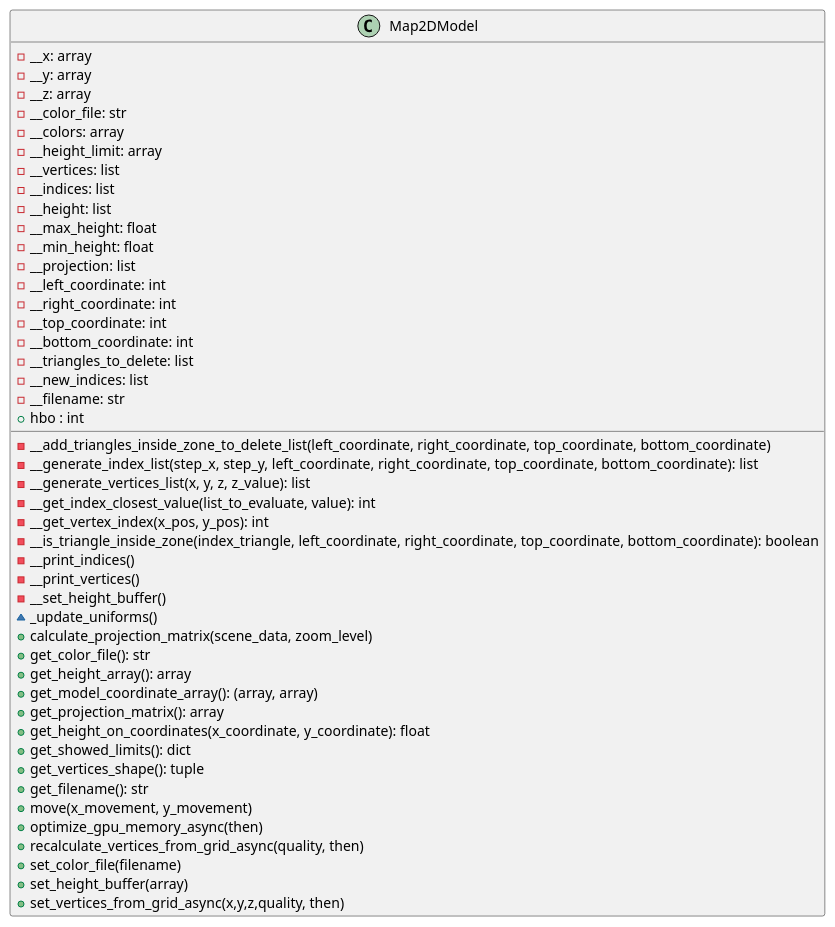
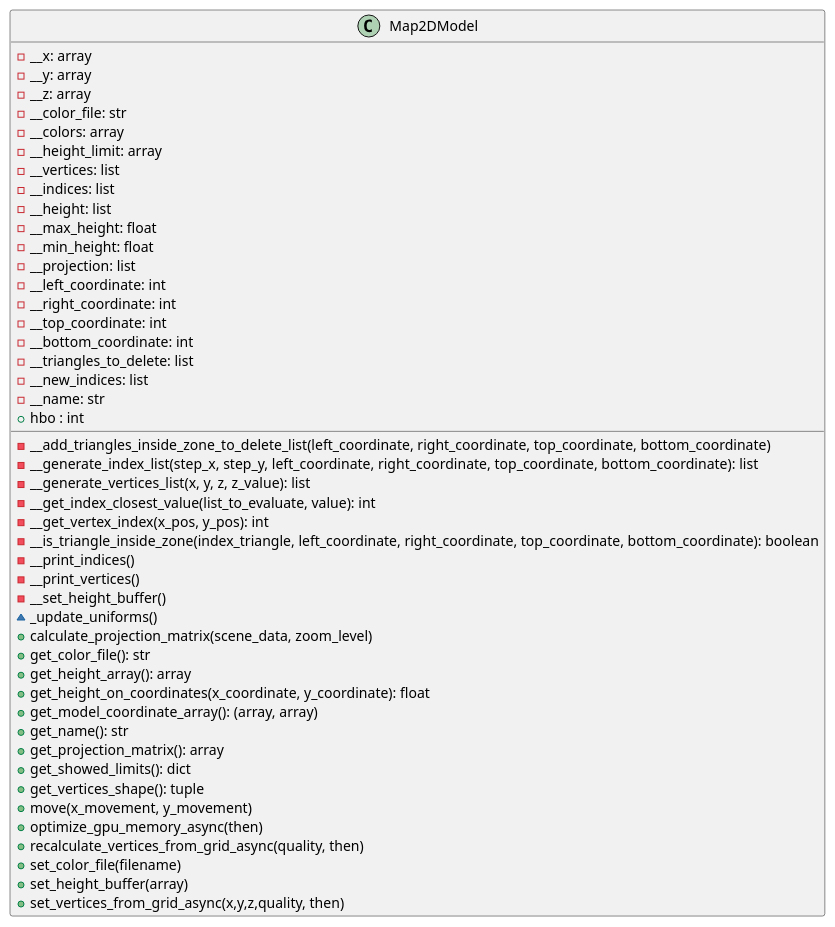
The diagram in docs/classes/Map2DModel.puml (ferpoble2/Relief_Creator), drawn with PlantUML before and after one commit. The commit also changed 1 other file, not shown here.

Commit message:
Changed method get_filename to get_name on Map2DClass.

```diff
--- a/docs/classes/Map2DModel.puml
+++ b/docs/classes/Map2DModel.puml
@@ -1,52 +1,52 @@
 @startuml
                 class Map2DModel {
                     - __x: array
                     - __y: array
                     - __z: array
                     - __color_file: str
                     - __colors: array
                     - __height_limit: array
                     - __vertices: list
                     - __indices: list
                     - __height: list
                     - __max_height: float
                     - __min_height: float
                     - __projection: list
                     - __left_coordinate: int
                     - __right_coordinate: int
                     - __top_coordinate: int
                     - __bottom_coordinate: int
                     - __triangles_to_delete: list
                     - __new_indices: list
-                    - __filename: str
+                    - __name: str
                     + hbo : int
 
 
                     - __add_triangles_inside_zone_to_delete_list(left_coordinate, right_coordinate, top_coordinate, bottom_coordinate)
                     - __generate_index_list(step_x, step_y, left_coordinate, right_coordinate, top_coordinate, bottom_coordinate): list
                     - __generate_vertices_list(x, y, z, z_value): list
                     - __get_index_closest_value(list_to_evaluate, value): int
                     - __get_vertex_index(x_pos, y_pos): int
                     - __is_triangle_inside_zone(index_triangle, left_coordinate, right_coordinate, top_coordinate, bottom_coordinate): boolean
                     - __print_indices()
                     - __print_vertices()
                     - __set_height_buffer()
                     ~ _update_uniforms()
                     + calculate_projection_matrix(scene_data, zoom_level)
                     + get_color_file(): str
                     + get_height_array(): array
+                    + get_height_on_coordinates(x_coordinate, y_coordinate): float
                     + get_model_coordinate_array(): (array, array)
+                    + get_name(): str
                     + get_projection_matrix(): array
-                    + get_height_on_coordinates(x_coordinate, y_coordinate): float
                     + get_showed_limits(): dict
                     + get_vertices_shape(): tuple
-                    + get_filename(): str
                     + move(x_movement, y_movement)
                     + optimize_gpu_memory_async(then)
                     + recalculate_vertices_from_grid_async(quality, then)
                     + set_color_file(filename)
                     + set_height_buffer(array)
                     + set_vertices_from_grid_async(x,y,z,quality, then)
 
                 }
 @enduml
```
